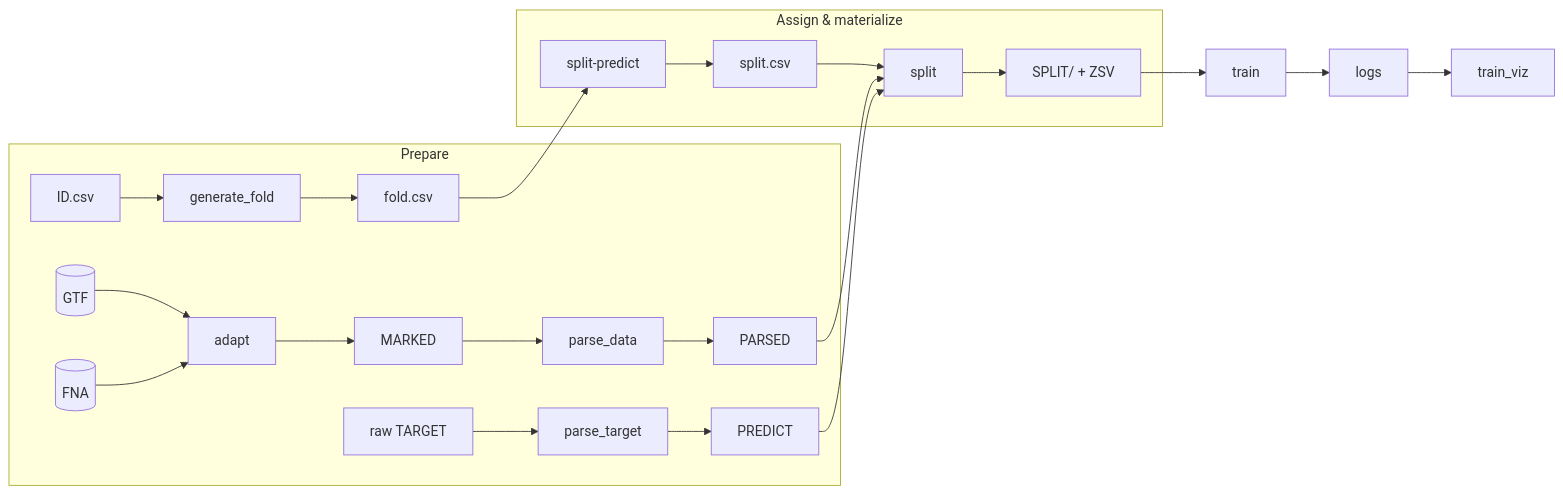
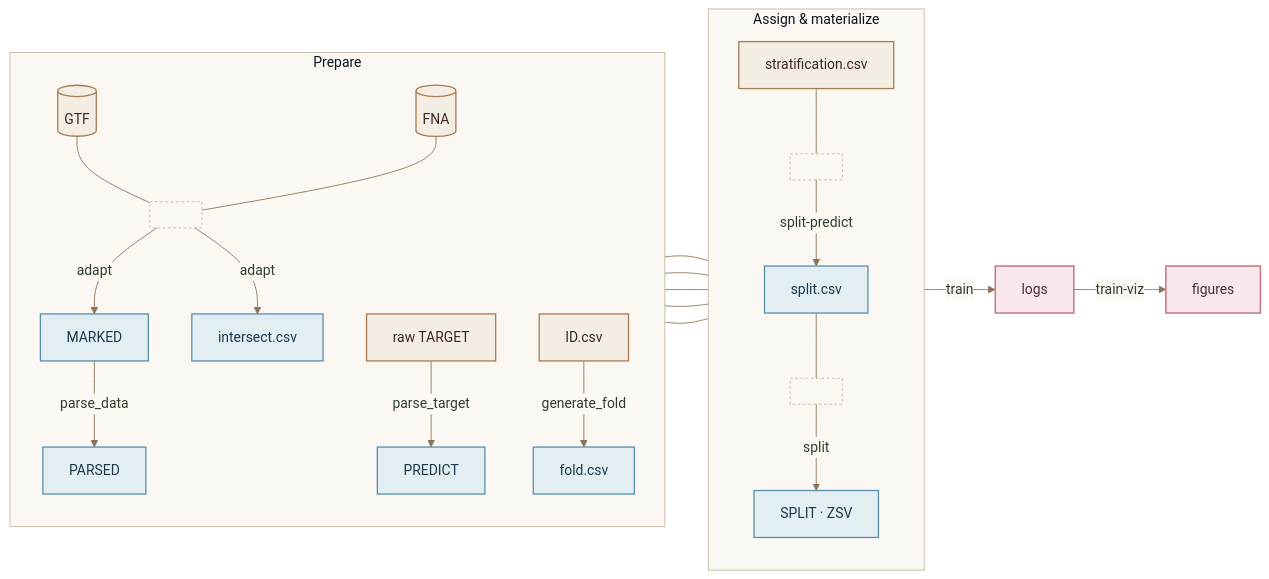
Before and after one commit to Sirius-Back/Giga_Mario: the second of 2 diagrams in README.md, drawn with Mermaid. The commit also changed other lines of this file and 10 other files, not shown here.

Commit message:
Refresh wiki and README architecture / pipeline docs.

````diff
--- a/README.md
+++ b/README.md
@@ -34,25 +43,40 @@
 ```mermaid
+%%{init: {'theme':'base','themeVariables':{'primaryColor':'#E8F0E6','primaryTextColor':'#2C3E2D','primaryBorderColor':'#6B8F71','lineColor':'#8B7355','secondaryColor':'#E3EEF3','tertiaryColor':'#F4EDE4','clusterBkg':'#FBF8F4','clusterBorder':'#C4B5A0','edgeLabelBackground':'#FBF8F4','fontFamily':'ui-sans-serif, system-ui, sans-serif'}}}%%
 flowchart LR
     subgraph prep["Prepare"]
-        GTF[(GTF)] --> adapt
-        FNA[(FNA)] --> adapt
-        adapt --> MARKED[MARKED]
-        MARKED --> parse_data
-        parse_data --> PARSED[PARSED]
-        TARGET[raw TARGET] --> parse_target
-        parse_target --> PREDICT[PREDICT]
-        IDcsv[ID.csv] --> generate_fold
-        generate_fold --> Fold[fold.csv]
+        direction TB
+        GTF[(GTF)] --- E1[" "]
+        FNA[(FNA)] --- E1
+        E1 -->|adapt| MARKED[MARKED]
+        E1 -->|adapt| INTER[intersect.csv]
+        MARKED -->|parse_data| PARSED[PARSED]
+        TARGET[raw TARGET] -->|parse_target| PREDICT[PREDICT]
+        IDcsv[ID.csv] -->|generate_fold| Fold[fold.csv]
     end
 
     subgraph assign["Assign & materialize"]
-        Fold --> SPmod[split-predict]
-        SPmod --> SplitCSV[split.csv]
-        SplitCSV --> SPLmod[split]
-        PARSED --> SPLmod
-        PREDICT --> SPLmod
-        SPLmod --> Trees["SPLIT/ + ZSV"]
+        direction TB
+        MARKED --- E2[" "]
+        INTER --- E2
+        Fold --- E2
+        Strat[stratification.csv] --- E2
+        E2 -->|split-predict| SplitCSV[split.csv]
+        SplitCSV --- E3[" "]
+        PARSED --- E3
+        PREDICT --- E3
+        E3 -->|split| Trees[SPLIT · ZSV]
     end
 
-    Trees --> train --> logs2[logs] --> train_viz
+    Trees -->|train| logs2[logs]
+    logs2 -->|train-viz| figs[figures]
+
+    classDef earth fill:#F4EDE4,stroke:#A67C52,stroke-width:1.5px,color:#3E2723
+    classDef ocean fill:#E3EEF3,stroke:#5B8FA8,stroke-width:1.5px,color:#1A3A4A
+    classDef liposome fill:#F8E8EC,stroke:#C47A8A,stroke-width:1.8px,color:#4A2C35
+    classDef join fill:transparent,stroke:#C4B5A0,stroke-width:1px,stroke-dasharray:3 3,color:#8B7355
+
+    class GTF,FNA,TARGET,IDcsv,Strat earth
+    class MARKED,INTER,PARSED,PREDICT,Fold,SplitCSV,Trees ocean
+    class logs2,figs liposome
+    class E1,E2,E3 join
 ```
````
